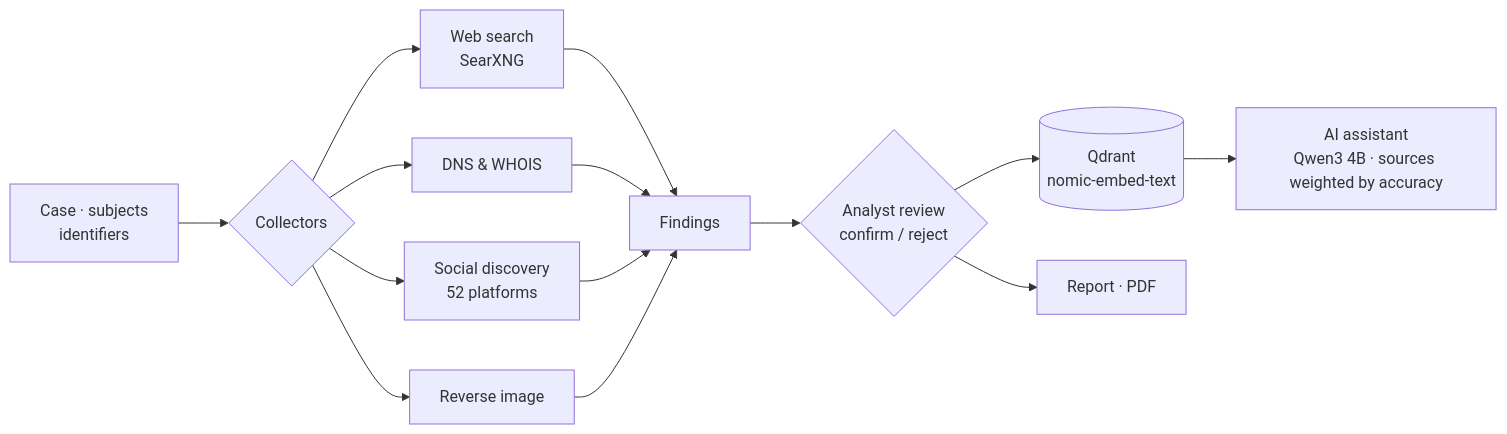
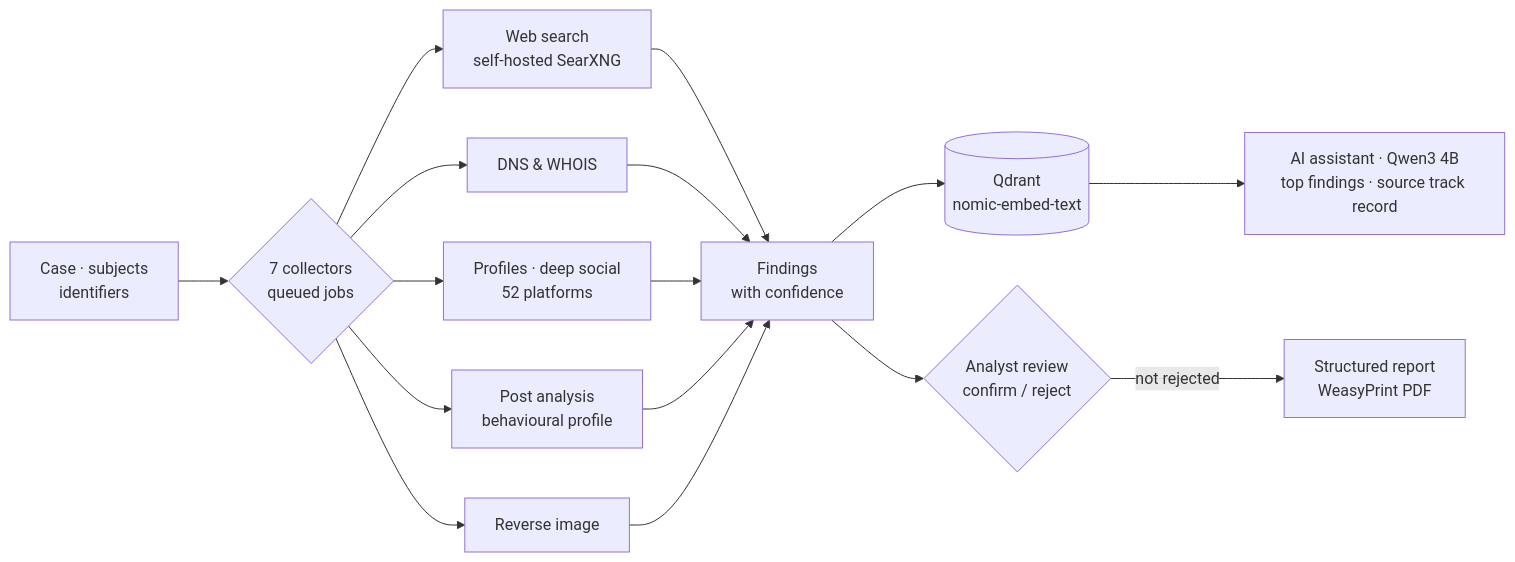
Before and after one commit to North-Lab-RO/north-lab-ro.github.io: the third of 6 diagrams in README.md, drawn with Mermaid. The commit also changed other lines of this file and 25 other files, not shown here.

First line of the commit message:
In-depth workflow diagrams for every product, traced from the source

````diff
--- a/README.md
+++ b/README.md
@@ -202,13 +206,14 @@
 ```mermaid
 flowchart LR
-    CASE[Case · subjects<br/>identifiers] --> COLL{Collectors}
-    COLL --> W[Web search<br/>SearXNG]
+    CASE[Case · subjects<br/>identifiers] --> COLL{7 collectors<br/>queued jobs}
+    COLL --> W[Web search<br/>self-hosted SearXNG]
     COLL --> D[DNS & WHOIS]
-    COLL --> SO[Social discovery<br/>52 platforms]
+    COLL --> SO[Profiles · deep social<br/>52 platforms]
+    COLL --> PA[Post analysis<br/>behavioural profile]
     COLL --> IMG[Reverse image]
-    W & D & SO & IMG --> EV[Findings]
+    W & D & SO & PA & IMG --> EV[Findings<br/>with confidence]
+    EV --> KB[(Qdrant<br/>nomic-embed-text)]
     EV --> REV{Analyst review<br/>confirm / reject}
-    REV --> KB[(Qdrant<br/>nomic-embed-text)]
-    KB --> AI[AI assistant<br/>Qwen3 4B · sources weighted by accuracy]
-    REV --> REP[Report · PDF]
+    KB --> AI[AI assistant · Qwen3 4B<br/>top findings · source track record]
+    REV -- not rejected --> REP[Structured report<br/>WeasyPrint PDF]
 ```
````
